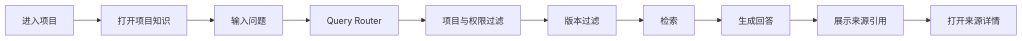
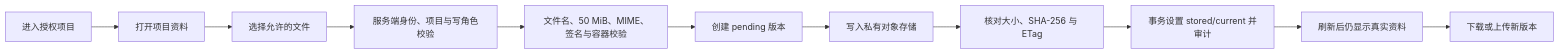
The first of 4 diagrams in docs/USER_FLOWS.md (27ruien/ProjectAI), drawn with Mermaid before and after one commit. The commit also changed other lines of this file and 80 other files, not shown here.

````diff
--- a/docs/USER_FLOWS.md
+++ b/docs/USER_FLOWS.md
@@ -7,12 +5,13 @@
 ```mermaid
 flowchart LR
-  A["进入项目"] --> B["打开项目知识"]
-  B --> C["输入问题"]
-  C --> D["Query Router"]
-  D --> E["项目与权限过滤"]
-  E --> F["版本过滤"]
-  F --> G["检索"]
-  G --> H["生成回答"]
-  H --> I["展示来源引用"]
-  I --> J["打开来源详情"]
+  A["进入授权项目"] --> B["打开项目资料"]
+  B --> C["选择允许的文件"]
+  C --> D["服务端身份、项目与写角色校验"]
+  D --> E["文件名、50 MiB、MIME、签名与容器校验"]
+  E --> F["创建 pending 版本"]
+  F --> G["写入私有对象存储"]
+  G --> H["核对大小、SHA-256 与 ETag"]
+  H --> I["事务设置 stored/current 并审计"]
+  I --> J["刷新后仍显示真实资料"]
+  J --> K["下载或上传新版本"]
 ```
````
